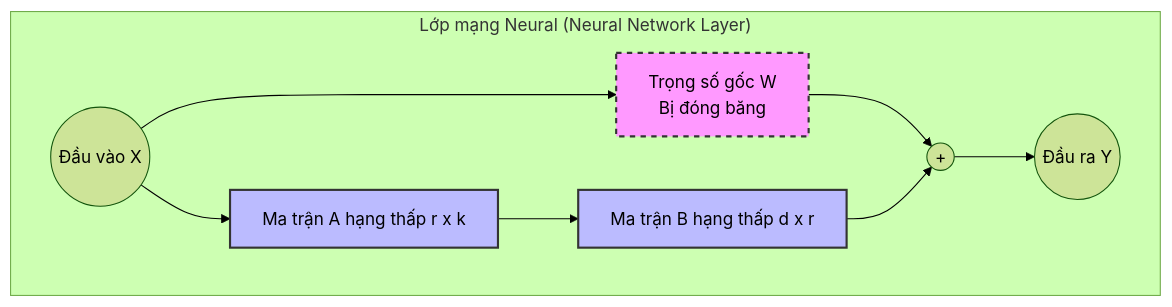
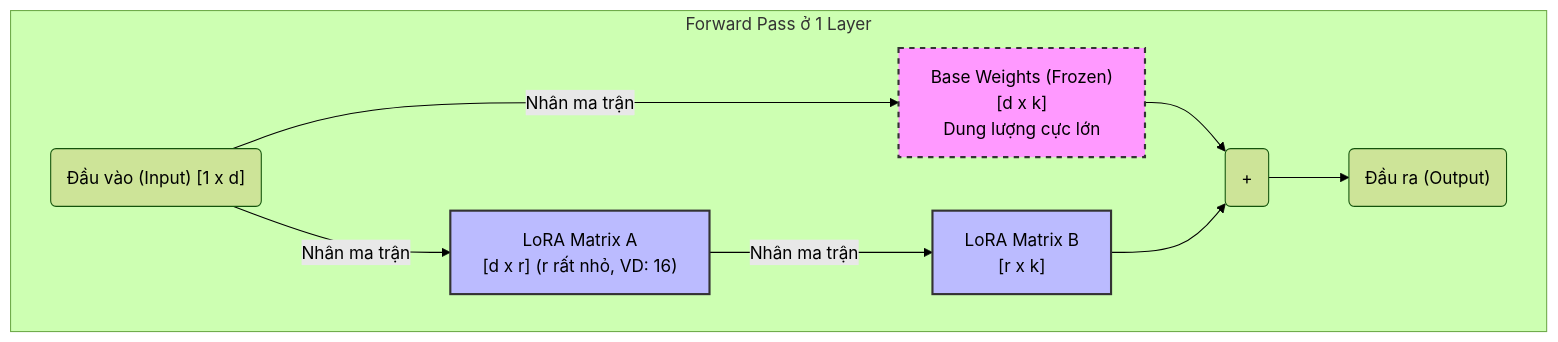
Before and after one commit to kythuatdulieu/kythuatdulieu.github.io: the second of 2 diagrams in src/content/docs/concepts/9-genai-machine-learning/fine-tuning.md, drawn with Mermaid (forest theme). The commit also changed other lines of this file and 314 other files, not shown here.

````diff
--- a/src/content/docs/concepts/9-genai-machine-learning/fine-tuning.md
+++ b/src/content/docs/concepts/9-genai-machine-learning/fine-tuning.md
@@ -69,17 +80,22 @@
 ```mermaid
 graph TD
-    subgraph "Lớp mạng Neural (Neural Network Layer)"
-        X(("Đầu vào X")) --> W["Trọng số gốc W<br>Bị đóng băng"]
-        X --> A["Ma trận A hạng thấp r x k"]
-        A --> B["Ma trận B hạng thấp d x r"]
+    subgraph "Forward Pass ở 1 Layer"
+        X("Đầu vào (Input) [1 x d]")
+        W["Base Weights (Frozen)<br/>[d x k]<br/>Dung lượng cực lớn"]
+        A["LoRA Matrix A<br/>[d x r] (r rất nhỏ, VD: 16)"]
+        B["LoRA Matrix B<br/>[r x k]"]
         
-        W --> S1(("+"))
+        X -->|Nhân ma trận| W
+        X -->|Nhân ma trận| A
+        A -->|Nhân ma trận| B
+        
+        W --> S1("+")
         B --> S1
         
-        S1 --> Y(("Đầu ra Y"))
+        S1 --> Y("Đầu ra (Output)")
     end
     
     style W fill:#f9f,stroke:#333,stroke-width:2px,stroke-dasharray: 5 5
     style A fill:#bbf,stroke:#333,stroke-width:2px
     style B fill:#bbf,stroke:#333,stroke-width:2px
 ```
````
